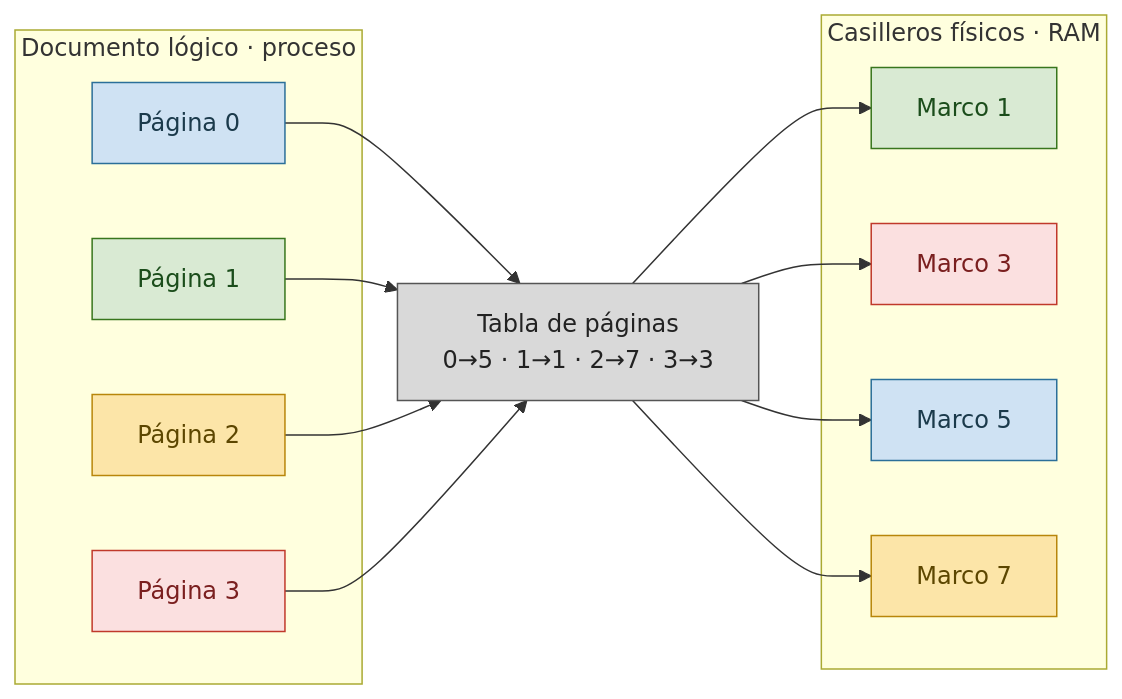
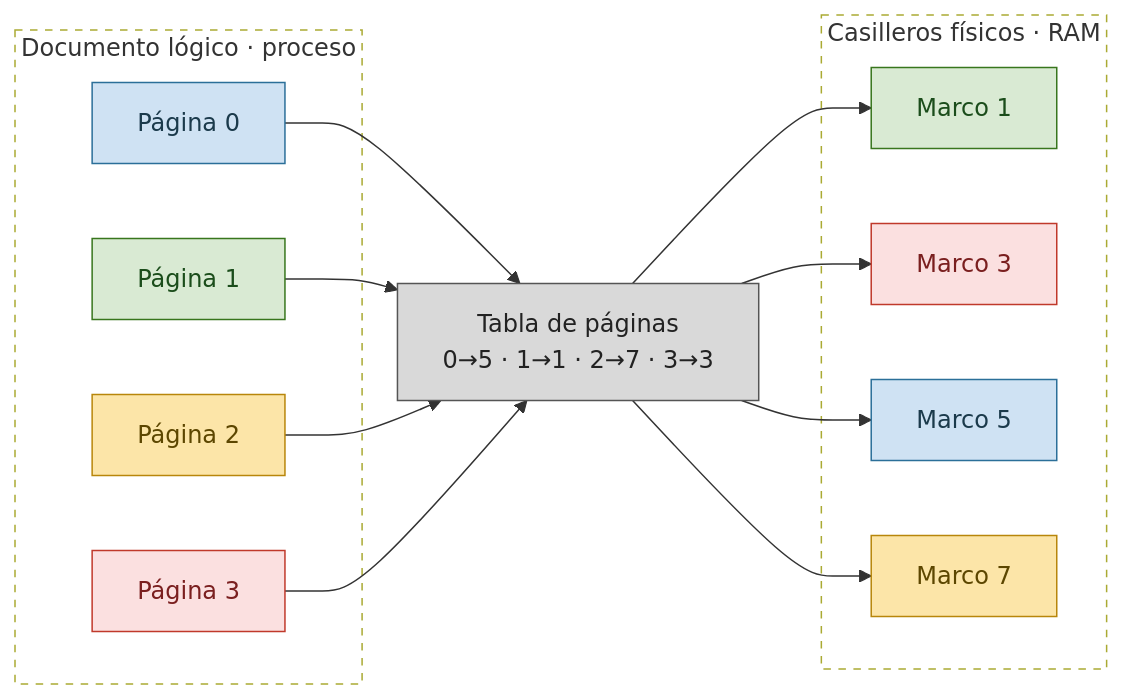
The second of 7 diagrams in TEORIA/06-gestion-de-memoria/README.md (asiermarzo/ssoo), drawn with Mermaid before and after one commit. The commit also changed other lines of this file and 12 other files, not shown here.

Commit message:
ajuste subrects de mermaids

````diff
--- a/TEORIA/06-gestion-de-memoria/README.md
+++ b/TEORIA/06-gestion-de-memoria/README.md
@@ -143,31 +143,33 @@
 ```mermaid
 flowchart LR
     subgraph L["Documento lógico · proceso"]
         P0[Página 0]
         P1[Página 1]
         P2[Página 2]
         P3[Página 3]
     end
     PT["Tabla de páginas<br/>0→5 · 1→1 · 2→7 · 3→3"]
     subgraph F["Casilleros físicos · RAM"]
         F1[Marco 1]
         F3[Marco 3]
         F5[Marco 5]
         F7[Marco 7]
     end
     P0 --> PT --> F5
     P1 --> PT --> F1
     P2 --> PT --> F7
     P3 --> PT --> F3
 
     classDef tabla fill:#d9d9d9,stroke:#555555,color:#222222;
     classDef par0 fill:#cfe2f3,stroke:#2b6f99,color:#1b3a4b;
     classDef par1 fill:#d9ead3,stroke:#38761d,color:#1b4d1b;
     classDef par2 fill:#fce5a8,stroke:#b8860b,color:#5c4600;
     classDef par3 fill:#fbe0e0,stroke:#c0392b,color:#7a1f1f;
     class PT tabla;
     class P0,F5 par0;
     class P1,F1 par1;
     class P2,F7 par2;
     class P3,F3 par3;
+    style L fill:none,stroke-dasharray: 5 5;
+    style F fill:none,stroke-dasharray: 5 5;
 ```
````
